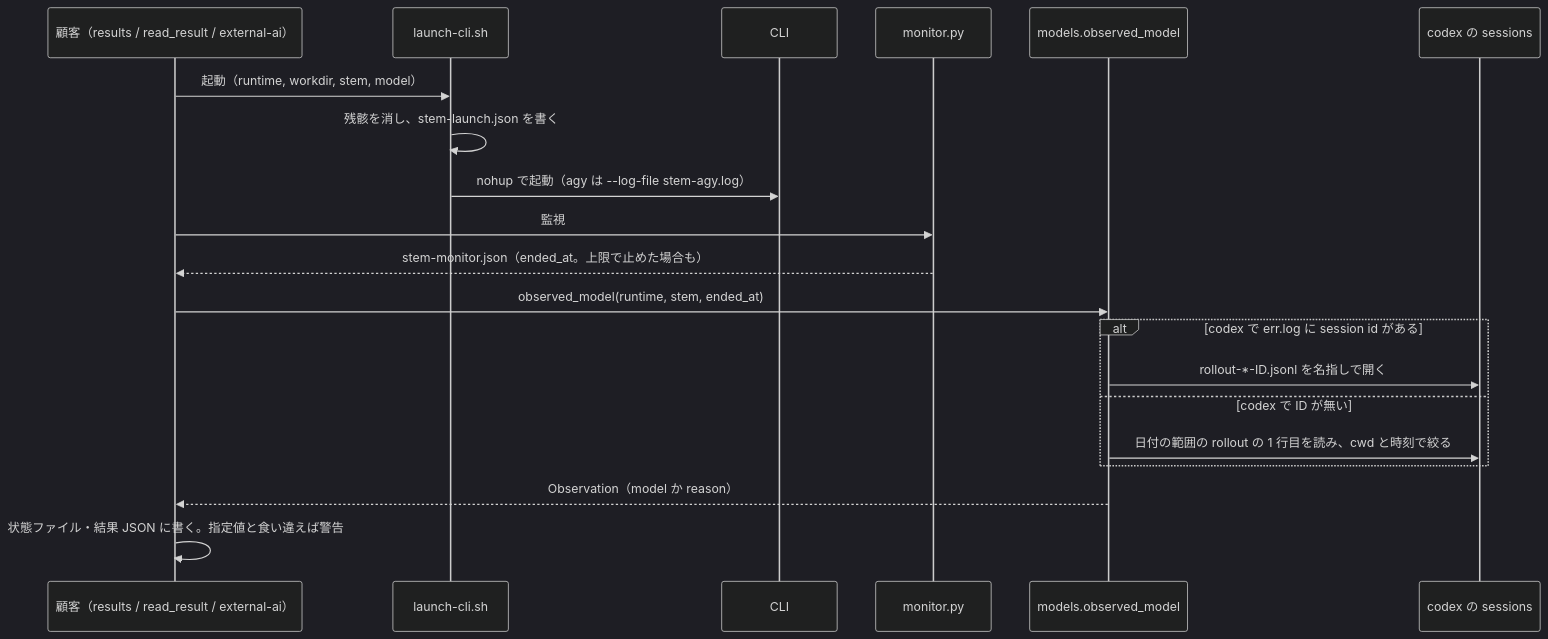
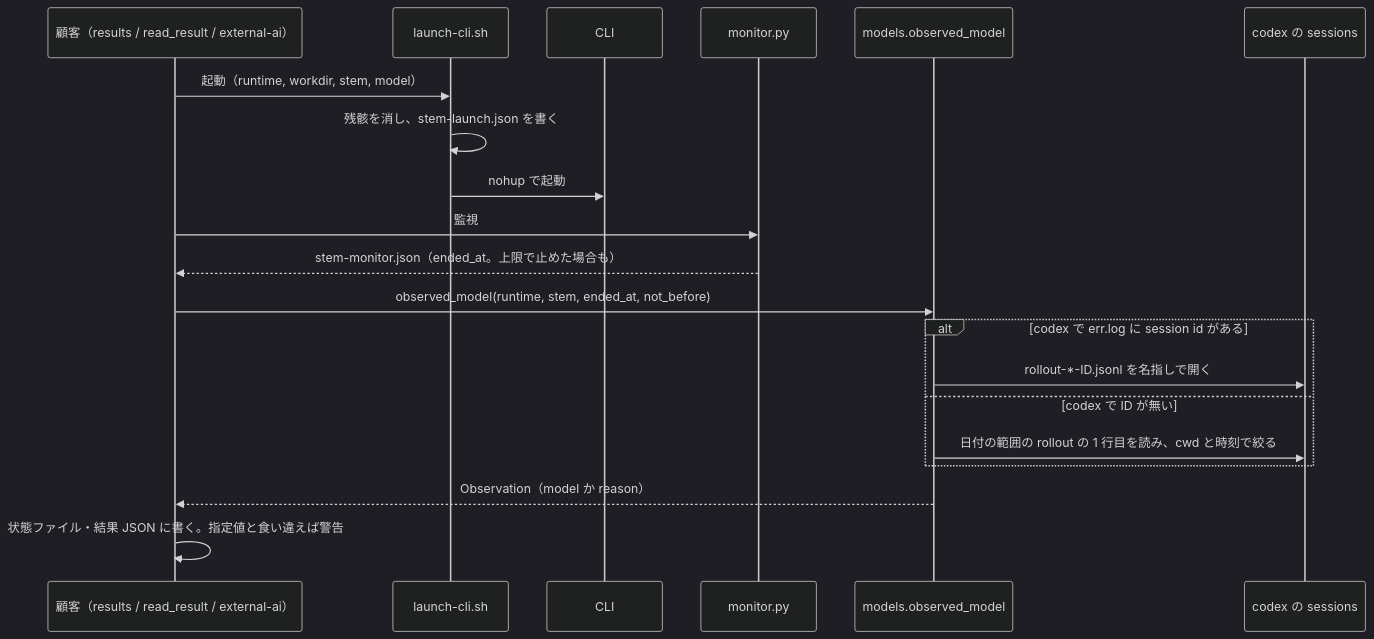
Before and after one commit to devbasex/ai-plugins: the third of 3 diagrams in issues/issue-759-design.md, drawn with Mermaid (dark theme). The commit also changed other lines of this file, not shown here.

````diff
--- a/issues/issue-759-design.md
+++ b/issues/issue-759-design.md
@@ -243,22 +250,22 @@
 ```mermaid
 sequenceDiagram
     participant C as 顧客（results / read_result / external-ai）
     participant L as launch-cli.sh
     participant R as CLI
     participant W as monitor.py
     participant M as models.observed_model
     participant S as codex の sessions
     C->>L: 起動（runtime, workdir, stem, model）
     L->>L: 残骸を消し、stem-launch.json を書く
-    L->>R: nohup で起動（agy は --log-file stem-agy.log）
+    L->>R: nohup で起動
     C->>W: 監視
     W-->>C: stem-monitor.json（ended_at。上限で止めた場合も）
-    C->>M: observed_model(runtime, stem, ended_at)
+    C->>M: observed_model(runtime, stem, ended_at, not_before)
     alt codex で err.log に session id がある
         M->>S: rollout-*-ID.jsonl を名指しで開く
     else codex で ID が無い
         M->>S: 日付の範囲の rollout の 1 行目を読み、cwd と時刻で絞る
     end
     M-->>C: Observation（model か reason）
     C->>C: 状態ファイル・結果 JSON に書く。指定値と食い違えば警告
 ```
````
